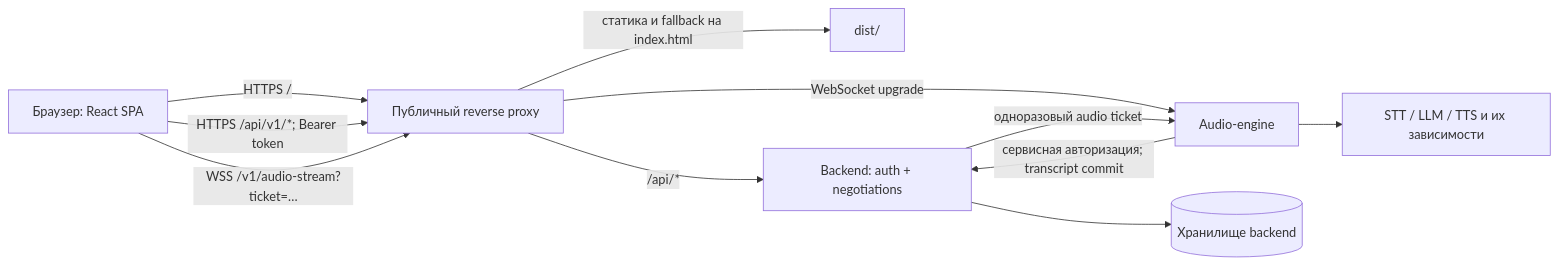
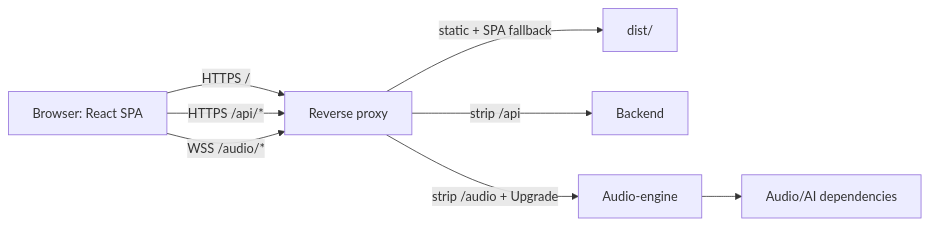
Before and after one commit to xyz-nebula/front-end: the diagram in docs/deployment-and-integrations.md, drawn with Mermaid. The commit also changed other lines of this file and 9 other files, not shown here.

First line of the commit message:
docs: remove outdated API documentation and add architecture, contracts, and testing guidelines

````diff
--- a/docs/deployment-and-integrations.md
+++ b/docs/deployment-and-integrations.md
@@ -12,13 +9,10 @@
 ```mermaid
 flowchart LR
-    B[Браузер: React SPA] -->|HTTPS /| P[Публичный reverse proxy]
-    B -->|HTTPS /api/v1/*; Bearer token| P
-    B -->|WSS /v1/audio-stream?ticket=…| P
-    P -->|статика и fallback на index.html| F[dist/]
-    P -->|/api/*| A[Backend: auth + negotiations]
-    P -->|WebSocket upgrade| E[Audio-engine]
-    A -->|одноразовый audio ticket| E
-    E -->|сервисная авторизация; transcript commit| A
-    A --> D[(Хранилище backend)]
-    E --> AI[STT / LLM / TTS и их зависимости]
+    B[Browser: React SPA] -->|HTTPS /| P[Reverse proxy]
+    B -->|HTTPS /api/*| P
+    B -->|WSS /audio/*| P
+    P -->|static + SPA fallback| F[dist/]
+    P -->|strip /api| A[Backend]
+    P -->|strip /audio + Upgrade| E[Audio-engine]
+    E --> AI[Audio/AI dependencies]
 ```
````
